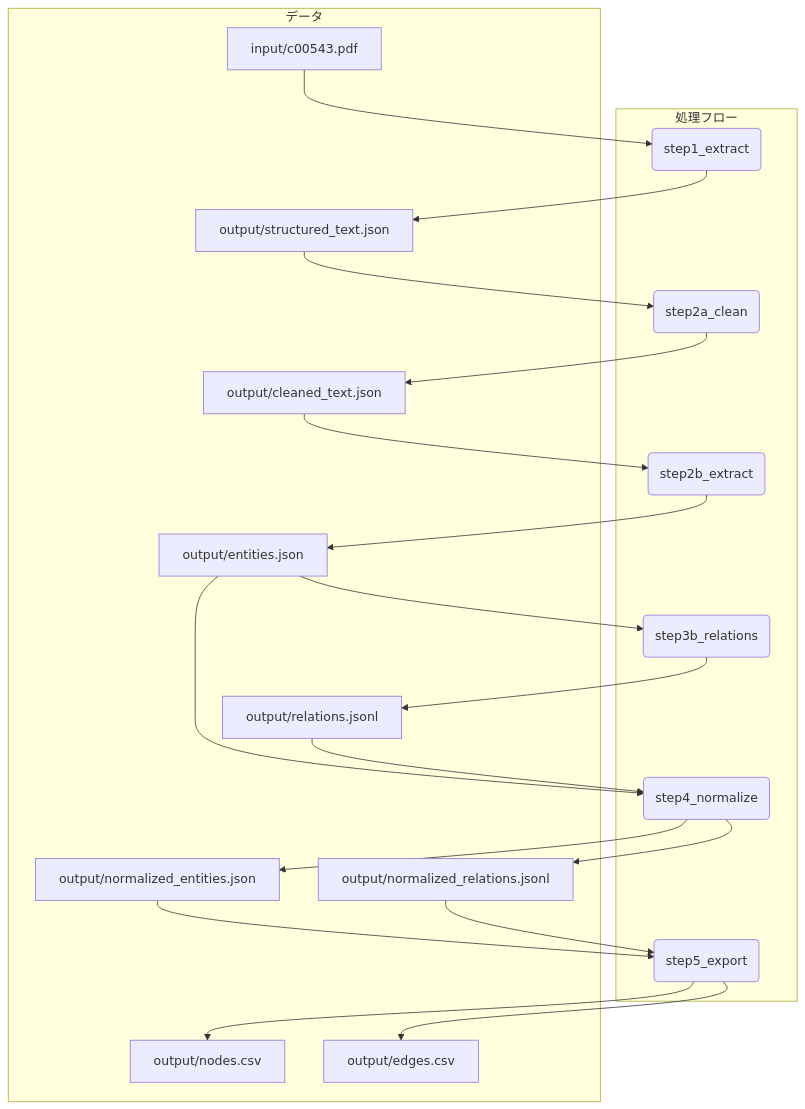
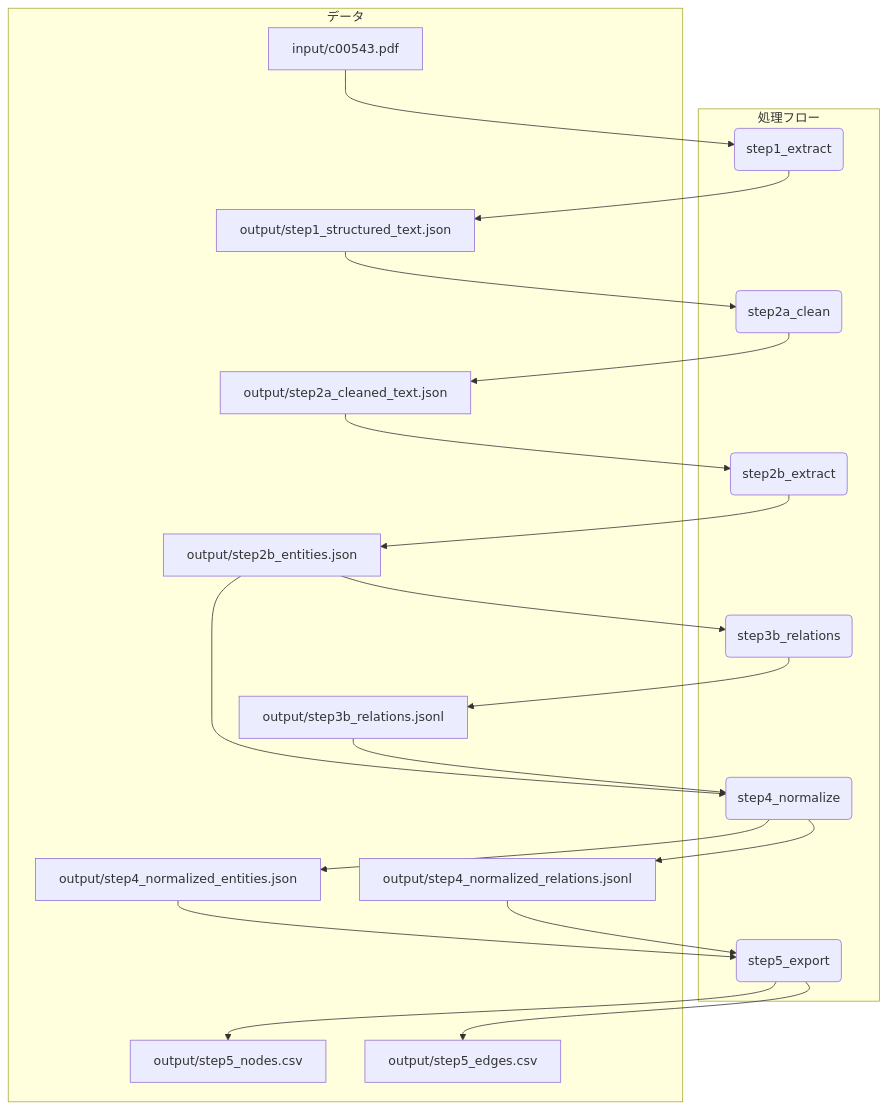
One commit to fk506cni/med-graph-gen changed the diagram in README.md. Above: the diagram before and after it, drawn with Mermaid. The commit also changed other lines of this file and 2 other files, not shown here.

First line of the commit message:
修正：step2aのインデックスエラーを修正し、ドキュメントを更新

````diff
--- a/README.md
+++ b/README.md
@@ -47,36 +54,36 @@
 ```mermaid
 graph TD;
     A[input/c00543.pdf] --> B(step1_extract.py);
-    B --> C[output/structured_text.json];
+    B --> C[output/step1_structured_text.json];
     C --> D(step2a_clean_text.py);
-    D --> E[output/cleaned_text.json];
+    D --> E[output/step2a_cleaned_text.json];
     E --> F(step2b_extract_entities.py);
-    F --> G[output/entities.json];
+    F --> G[output/step2b_entities.json];
     G --> H(step3b_llm_based_relations.py);
-    H --> I[output/relations.jsonl];
+    H --> I[output/step3b_relations.jsonl];
 
     G --> J(step4_normalize.py);
     I --> J;
 
-    J --> K[output/normalized_entities.json];
-    J --> L[output/normalized_relations.jsonl];
+    J --> K[output/step4_normalized_entities.json];
+    J --> L[output/step4_normalized_relations.jsonl];
 
     K --> M(step5_export.py);
     L --> M;
 
-    M --> N[output/nodes.csv];
-    M --> O[output/edges.csv];
+    M --> N[output/step5_nodes.csv];
+    M --> O[output/step5_edges.csv];
 
     subgraph "処理フロー"
         B(step1_extract)
         D(step2a_clean)
         F(step2b_extract)
         H(step3b_relations)
         J(step4_normalize)
         M(step5_export)
     end
 
     subgraph "データ"
         A; C; E; G; I; K; L; N; O;
     end
 ```
````
